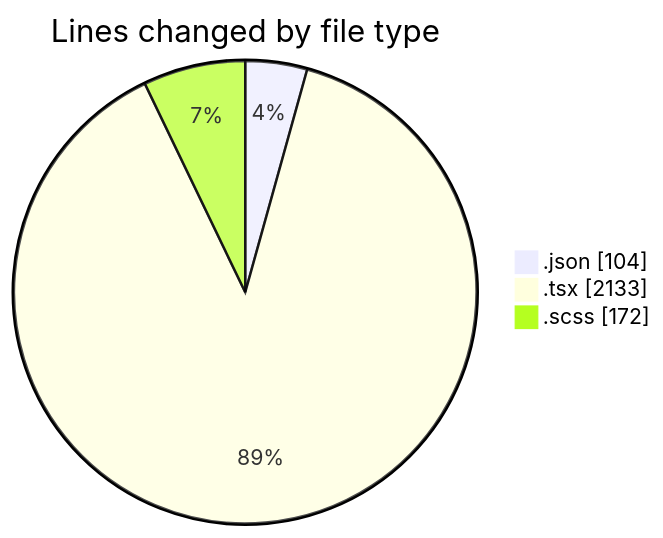
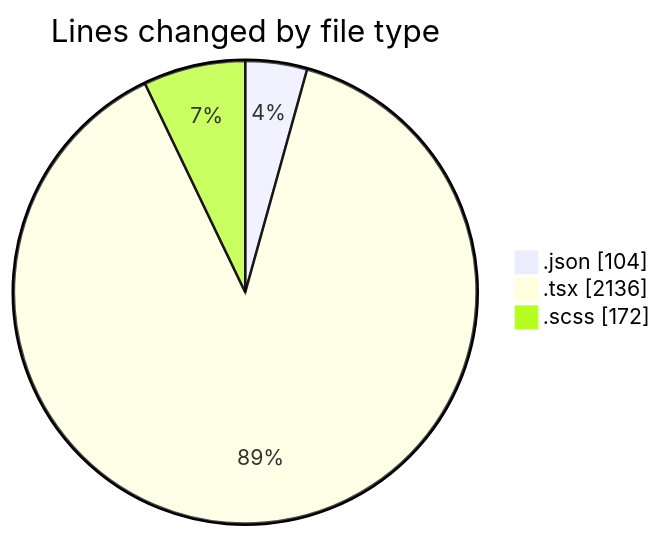
One commit to momahboobian/code-tracking changed the first of 2 diagrams in 2025-08-20/cda/README.md. Above: the diagram before and after it, drawn with Mermaid. The commit also changed other lines of this file and 1 other file, not shown here.

````diff
--- a/2025-08-20/cda/README.md
+++ b/2025-08-20/cda/README.md
@@ -27,7 +27,7 @@
 ```mermaid
 pie showData
 title Lines changed by file type
 ".json" : 104
-".tsx" : 2133
+".tsx" : 2136
 ".scss" : 172
 ```
````
